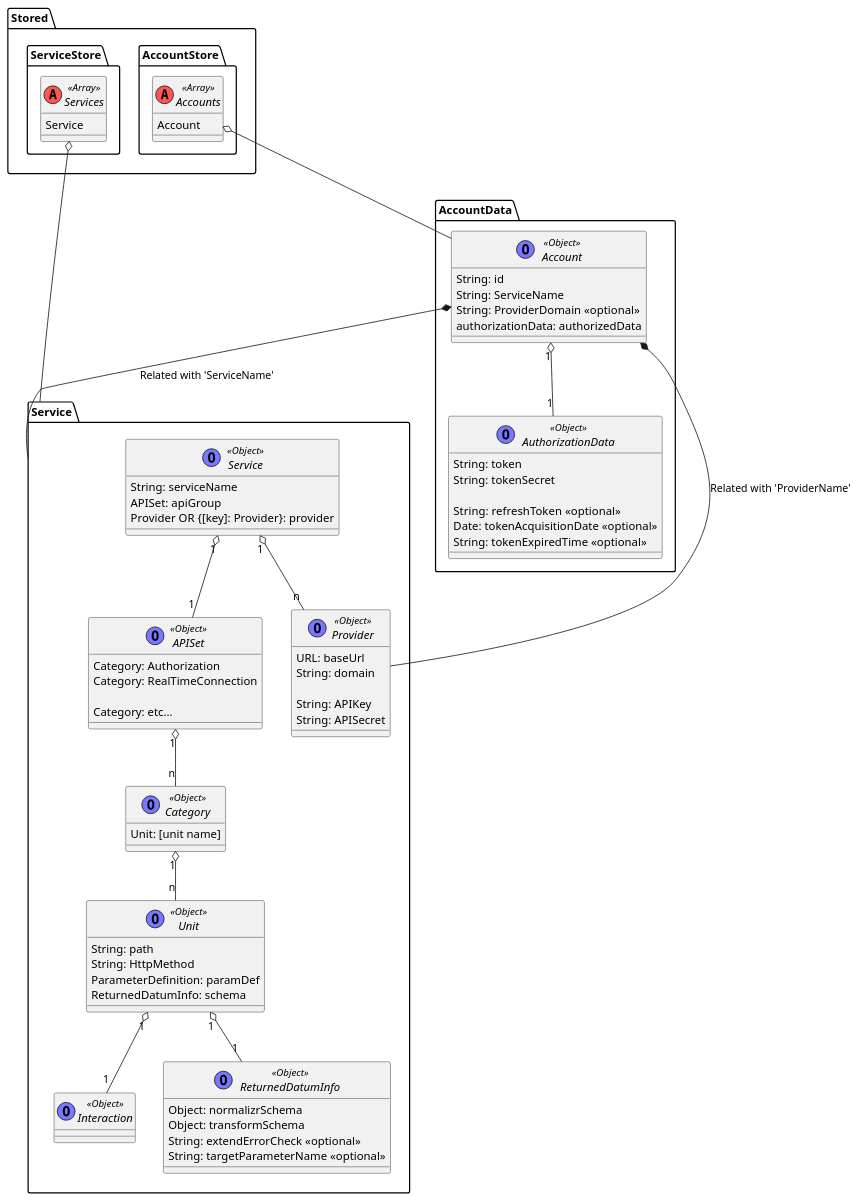
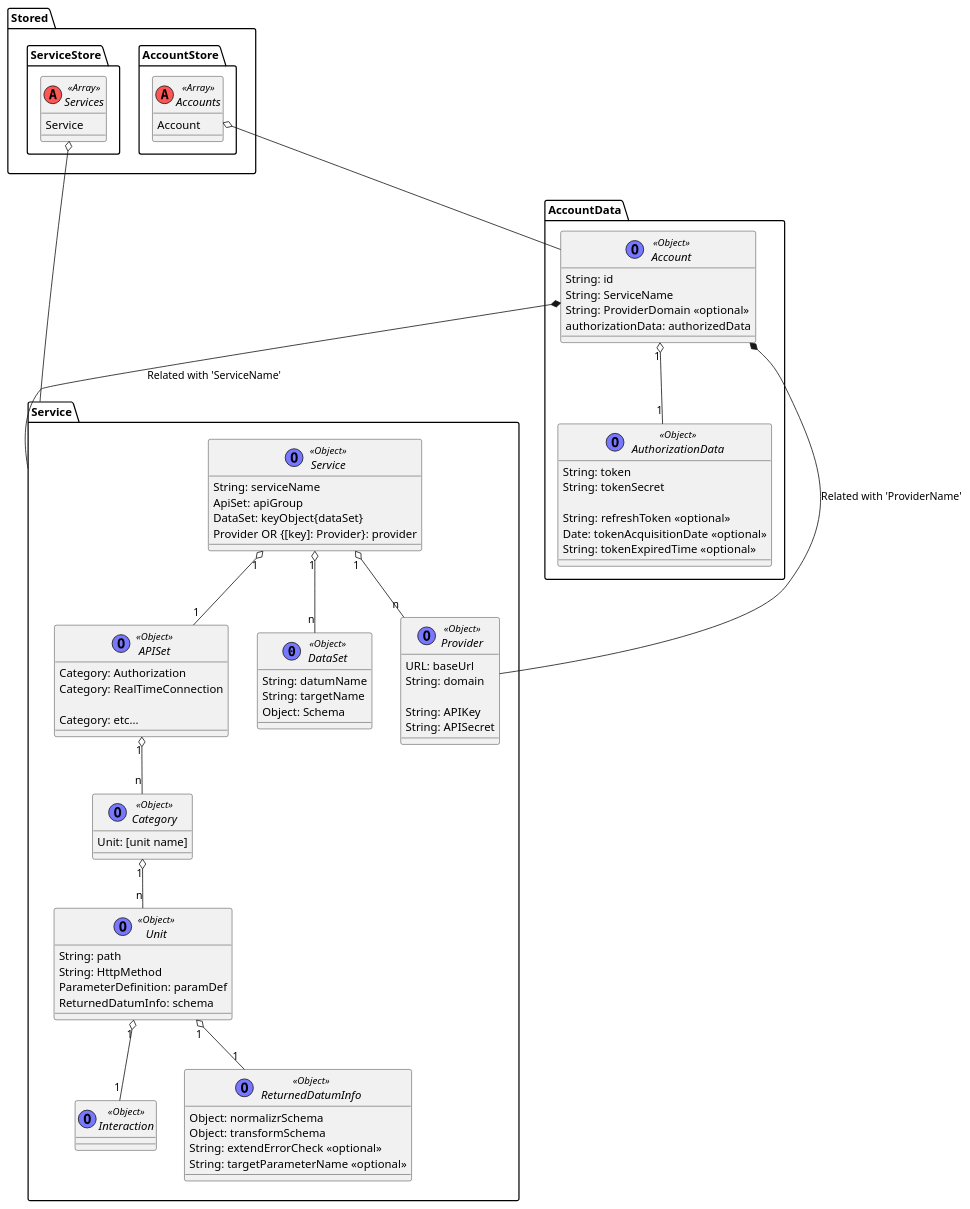
The diagram in blueprint/StoredObject.puml (origamium/Tenpest-Core), drawn with PlantUML before and after one commit.

Commit message:
DataSetを追加

```diff
--- a/blueprint/StoredObject.puml
+++ b/blueprint/StoredObject.puml
@@ -1,97 +1,104 @@
 @startuml
 
 package Stored{
     package AccountStore{
         interface Accounts <<(A,#FF5555) Array>>{
             Account
         }
     }
 
     package ServiceStore{
         interface Services <<(A,#FF5555) Array>>{
             Service
         }
     }
 }
 
 package "AccountData" {
     interface Account<<(O,#7777FF)Object>>{
         String: id
         String: ServiceName
         String: ProviderDomain <<optional>>
         authorizationData: authorizedData
     }
 
     interface AuthorizationData<<(O,#7777FF)Object>>{
         String: token
         String: tokenSecret
 
         String: refreshToken <<optional>>
         Date: tokenAcquisitionDate <<optional>>
         String: tokenExpiredTime <<optional>>
     }
 
     Account "1" o-- "1" AuthorizationData
 }
 
 package "Service" {
     interface Service<<(O,#7777FF)Object>>{
         String: serviceName
-        APISet: apiGroup
+        ApiSet: apiGroup
+        DataSet: keyObject{dataSet}
         Provider OR {[key]: Provider}: provider
     }
 
     interface Provider<<(O,#7777FF)Object>>{
         URL: baseUrl
         String: domain
 
         String: APIKey
         String: APISecret
     }
 
     interface APISet<<(O,#7777FF)Object>>{
         Category: Authorization
         Category: RealTimeConnection
 
         Category: etc...
+    }
+
+    interface DataSet<<(0, #7777FF)Object>>{
+        String: datumName
+        String: targetName
+        Object: Schema
     }
 
     interface Category<<(O,#7777FF)Object>>{
         Unit: [unit name]
     }
 
     interface Unit<<(O,#7777FF)Object>>{
         String: path
         String: HttpMethod
         ParameterDefinition: paramDef
         ReturnedDatumInfo: schema
     }
 
     interface Interaction<<(O,#7777FF)Object>>{
 
     }
 
     interface ReturnedDatumInfo<<(O,#7777FF)Object>>{
         Object: normalizrSchema
         Object: transformSchema
         String: extendErrorCheck <<optional>>
         String: targetParameterName <<optional>>
     }
 
 
     Service "1" o-- "n" Provider
-
+    Service "1" o-- "n" DataSet
     Service "1" o-- "1" APISet
     APISet "1" o-- "n" Category
     Category "1"  o-- "n" Unit
     Unit "1" o-- "1" ReturnedDatumInfo
     Unit "1" o-- "1" Interaction
 }
 
 Account *-- Service : Related with 'ServiceName'
 Account *-- Provider : Related with 'ProviderName'
 
 Accounts o-- Account
 Services o-- Service
 
 @enduml
```
